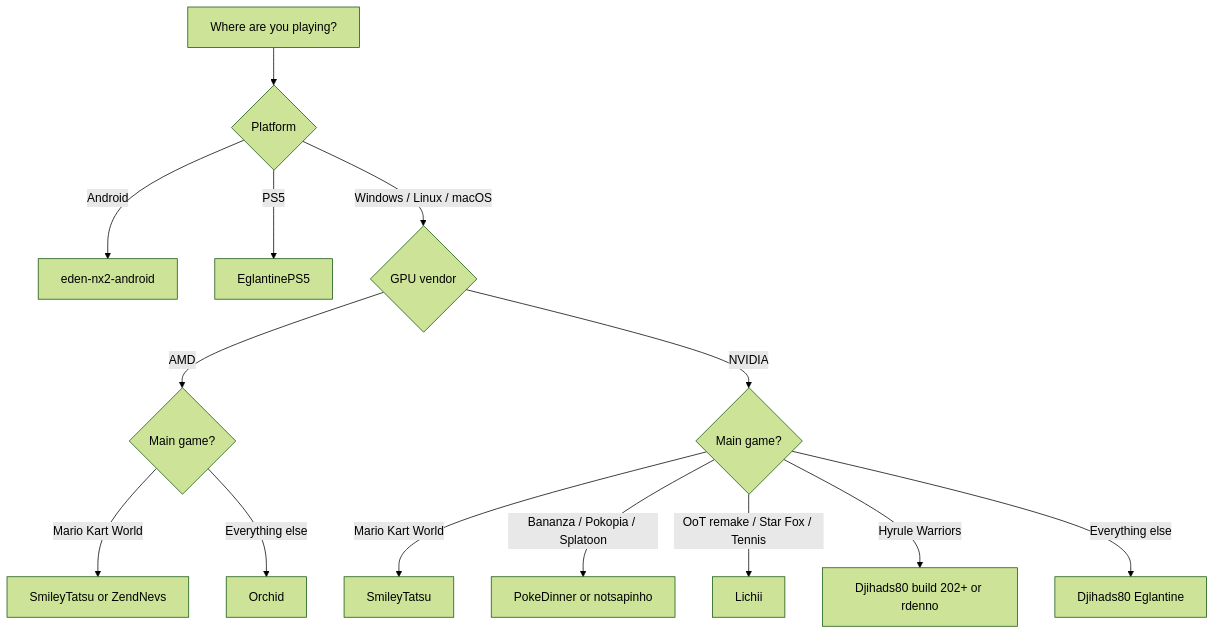
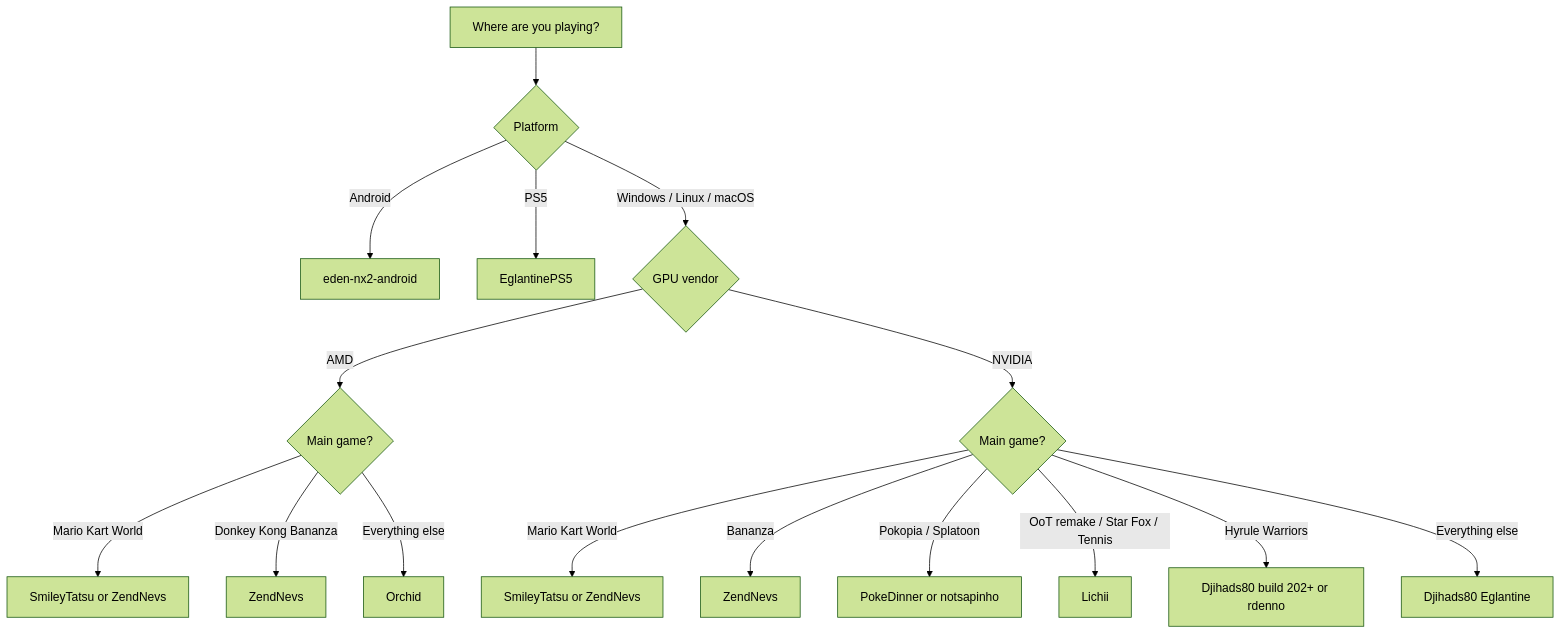
Before and after one commit to Kradnah/wichforks: the diagram in README.md, drawn with Mermaid (forest theme). The commit also changed other lines of this file and 2 other files, not shown here.

First line of the commit message:
Correct the Donkey Kong recommendation after ZendNevs feedback

````diff
--- a/README.md
+++ b/README.md
@@ -38,16 +38,18 @@
 ```mermaid
 flowchart TD
     A[Where are you playing?] --> B{Platform}
     B -->|Android| C[eden-nx2-android]
     B -->|PS5| D[EglantinePS5]
     B -->|Windows / Linux / macOS| E{GPU vendor}
     E -->|AMD| F{Main game?}
     F -->|Mario Kart World| G[SmileyTatsu or ZendNevs]
+    F -->|Donkey Kong Bananza| G2[ZendNevs]
     F -->|Everything else| H[Orchid]
     E -->|NVIDIA| I{Main game?}
-    I -->|Mario Kart World| J[SmileyTatsu]
-    I -->|Bananza / Pokopia / Splatoon| K[PokeDinner or notsapinho]
+    I -->|Mario Kart World| J[SmileyTatsu or ZendNevs]
+    I -->|Bananza| K[ZendNevs]
+    I -->|Pokopia / Splatoon| K2[PokeDinner or notsapinho]
     I -->|OoT remake / Star Fox / Tennis| L[Lichii]
     I -->|Hyrule Warriors| M[Djihads80 build 202+ or rdenno]
     I -->|Everything else| N[Djihads80 Eglantine]
 ```
````
